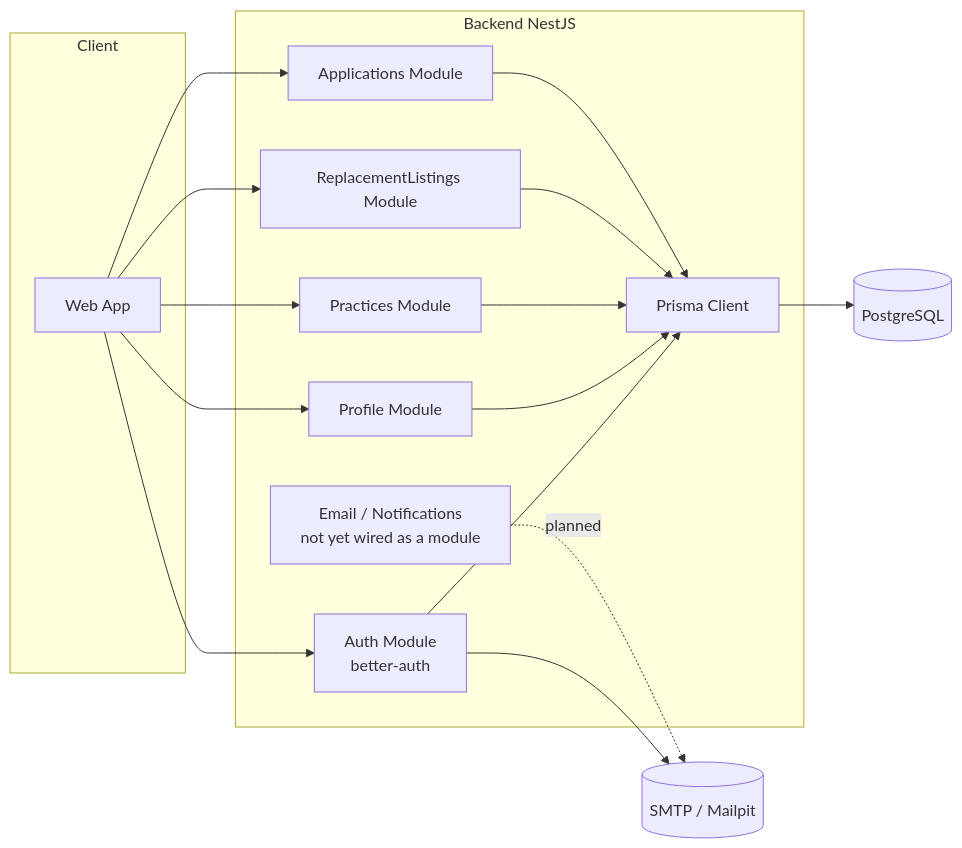
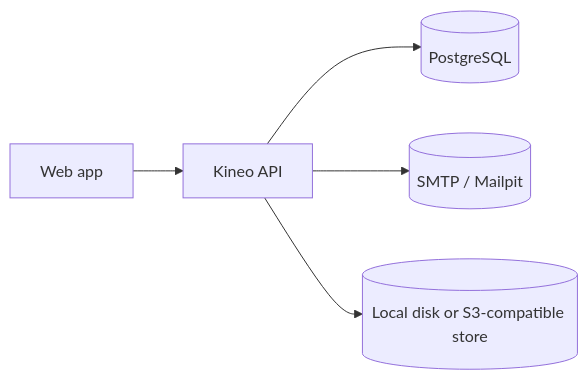
The diagram in README.md (lellis-group/kineo-nest-backend), drawn with Mermaid before and after one commit. The commit also changed other lines of this file and 15 other files, not shown here.

````diff
--- a/README.md
+++ b/README.md
@@ -54,37 +23,7 @@
 ```mermaid
 flowchart LR
-    subgraph Client
-        Web[Web App]
-    end
-
-    subgraph Backend NestJS
-        Auth[Auth Module
-        better-auth]
-        Profile[Profile Module]
-        Practices[Practices Module]
-        Listings[ReplacementListings Module]
-        Applications[Applications Module]
-        Notifications[Email / Notifications
-        not yet wired as a module]
-        Prisma[Prisma Client]
-    end
-
-    DB[(PostgreSQL)]
-    SMTP[(SMTP / Mailpit)]
-
-    Web --> Auth
-    Web --> Profile
-    Web --> Practices
-    Web --> Listings
-    Web --> Applications
-
-    Auth --> Prisma
-    Profile --> Prisma
-    Practices --> Prisma
-    Listings --> Prisma
-    Applications --> Prisma
-    Prisma --> DB
-
-    Auth --> SMTP
-    Notifications -.planned.-> SMTP
+    Web[Web app] --> API[Kineo API]
+    API --> DB[(PostgreSQL)]
+    API --> SMTP[(SMTP / Mailpit)]
+    API --> Files[(Local disk or S3-compatible store)]
 ```
````
